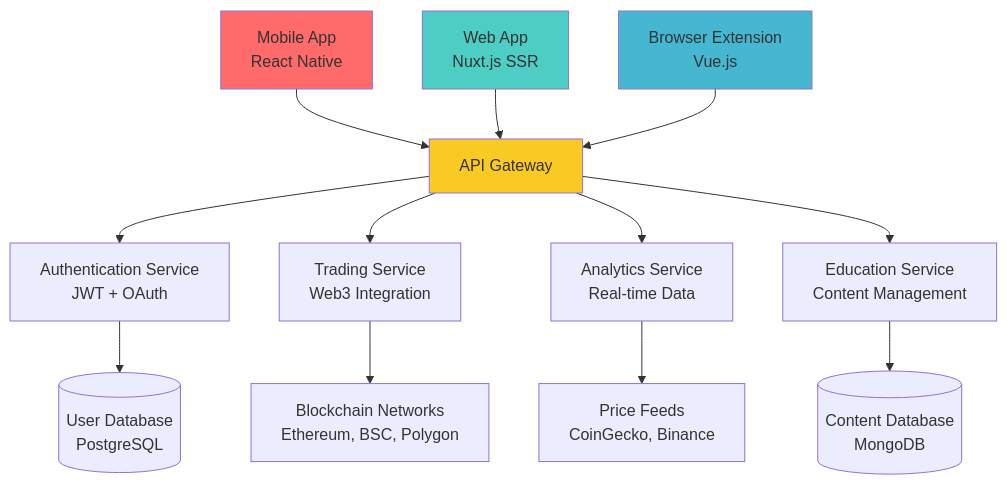
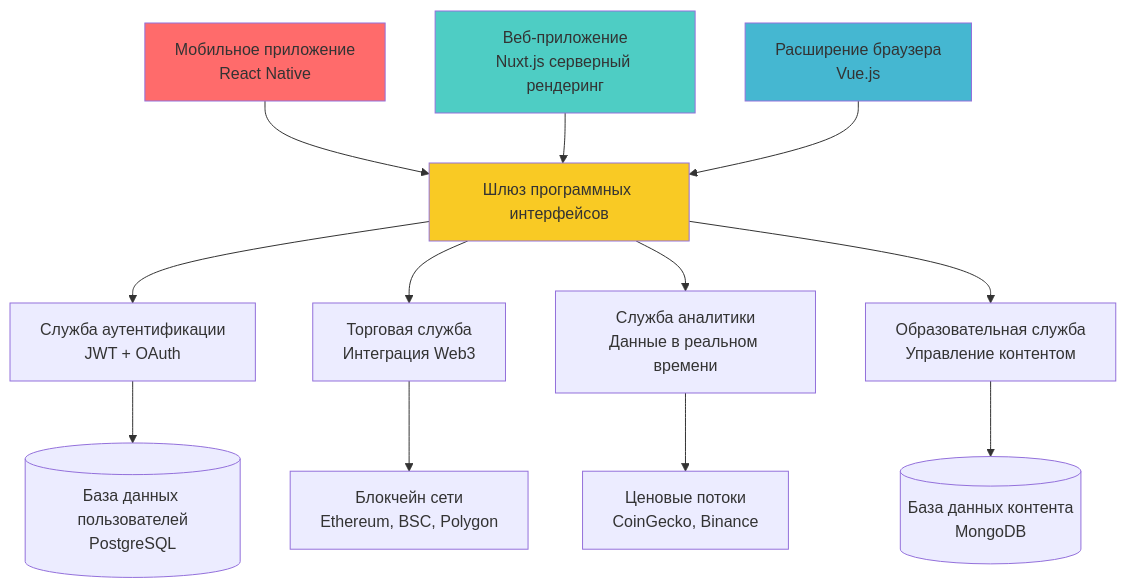
The first of 2 diagrams in public/ipr/middle/crypto-learning-hub-advanced-concept.md (webdozerz/webdozerz.github.io), drawn with Mermaid before and after one commit. The commit also changed other lines of this file and 14 other files, not shown here.

````diff
--- a/public/ipr/middle/crypto-learning-hub-advanced-concept.md
+++ b/public/ipr/middle/crypto-learning-hub-advanced-concept.md
@@ -31,20 +31,20 @@
 ```mermaid
 graph TB
-    A[Mobile App<br/>React Native] --> D[API Gateway]
-    B[Web App<br/>Nuxt.js SSR] --> D
-    C[Browser Extension<br/>Vue.js] --> D
-    D --> E[Authentication Service<br/>JWT + OAuth]
-    D --> F[Trading Service<br/>Web3 Integration]
-    D --> G[Analytics Service<br/>Real-time Data]
-    D --> H[Education Service<br/>Content Management]
+    A[Мобильное приложение<br/>React Native] --> D[Шлюз программных интерфейсов]
+    B[Веб-приложение<br/>Nuxt.js серверный рендеринг] --> D
+    C[Расширение браузера<br/>Vue.js] --> D
+    D --> E[Служба аутентификации<br/>JWT + OAuth]
+    D --> F[Торговая служба<br/>Интеграция Web3]
+    D --> G[Служба аналитики<br/>Данные в реальном времени]
+    D --> H[Образовательная служба<br/>Управление контентом]
 
-    E --> I[(User Database<br/>PostgreSQL)]
-    F --> J[Blockchain Networks<br/>Ethereum, BSC, Polygon]
-    G --> K[Price Feeds<br/>CoinGecko, Binance]
-    H --> L[(Content Database<br/>MongoDB)]
+    E --> I[(База данных пользователей<br/>PostgreSQL)]
+    F --> J[Блокчейн сети<br/>Ethereum, BSC, Polygon]
+    G --> K[Ценовые потоки<br/>CoinGecko, Binance]
+    H --> L[(База данных контента<br/>MongoDB)]
 
     style A fill:#ff6b6b
     style B fill:#4ecdc4
     style C fill:#45b7d1
     style D fill:#f9ca24
 ```
````
